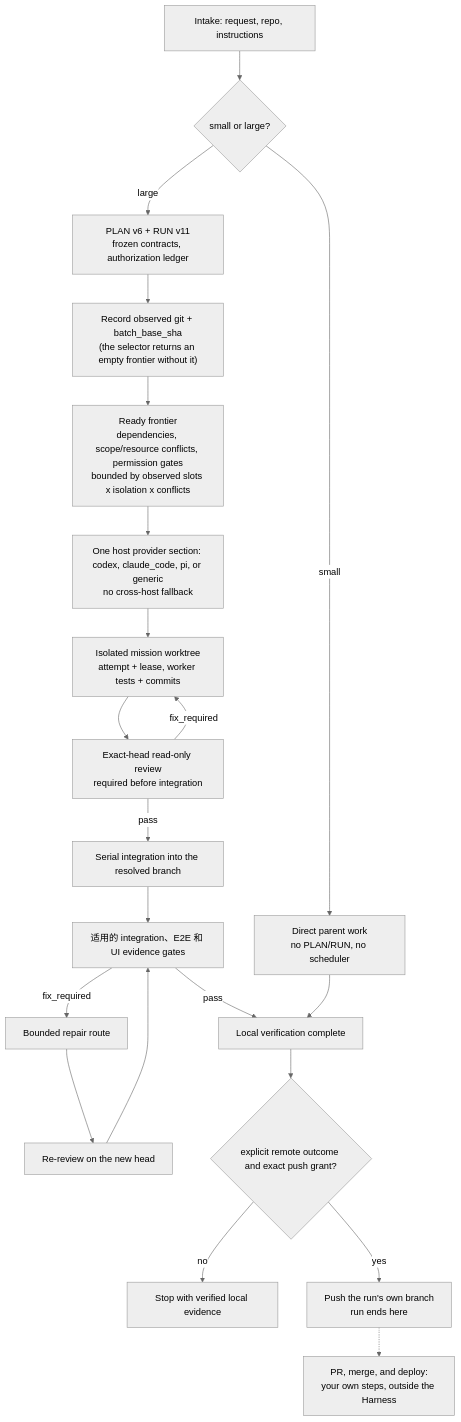
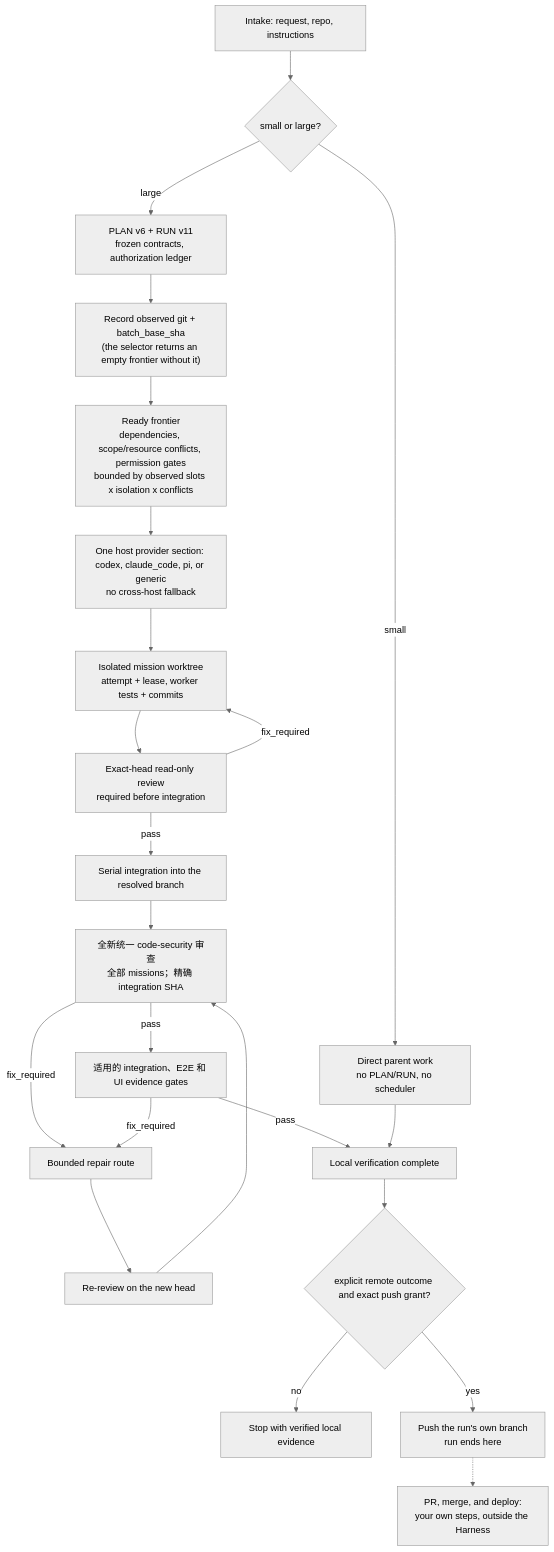
The third of 3 diagrams in README.zh-CN.md (Phlegonlabs/product-delivery-harness), drawn with Mermaid (neutral theme) before and after one commit. The commit also changed other lines of this file and 60 other files, not shown here.

First line of the commit message:
Add final code security review gate (#85)

````diff
--- a/README.zh-CN.md
+++ b/README.zh-CN.md
@@ -226,23 +233,25 @@
 ```mermaid
 flowchart TB
   Intake["Intake: request, repo, instructions"] --> Size{"small or large?"}
   Size -->|small| Direct["Direct parent work<br/>no PLAN/RUN, no scheduler"]
   Size -->|large| Plan["PLAN v6 + RUN v11<br/>frozen contracts, authorization ledger"]
   Plan --> Observe["Record observed git + batch_base_sha<br/>(the selector returns an empty frontier without it)"]
   Observe --> Frontier["Ready frontier<br/>dependencies, scope/resource conflicts, permission gates<br/>bounded by observed slots x isolation x conflicts"]
   Frontier --> Host["One host provider section: codex, claude_code, pi, or generic<br/>no cross-host fallback"]
   Host --> Work["Isolated mission worktree<br/>attempt + lease, worker tests + commits"]
   Work --> Review["Exact-head read-only review<br/>required before integration"]
   Review -->|pass| Integrate["Serial integration into the resolved branch"]
   Review -->|fix_required| Work
-  Integrate --> Gates["适用的 integration、E2E 和 UI evidence gates"]
-  Gates -->|fix_required| Repair["Bounded repair route"]
+  Integrate --> Security["全新统一 code-security 审查<br/>全部 missions；精确 integration SHA"]
+  Security -->|pass| Gates["适用的 integration、E2E 和 UI evidence gates"]
+  Security -->|fix_required| Repair["Bounded repair route"]
+  Gates -->|fix_required| Repair
   Repair --> Rereview["Re-review on the new head"]
-  Rereview --> Gates
+  Rereview --> Security
   Gates -->|pass| Local["Local verification complete"]
   Direct --> Local
   Local --> Remote{"explicit remote outcome and exact push grant?"}
   Remote -->|no| Done["Stop with verified local evidence"]
   Remote -->|yes| Push["Push the run's own branch<br/>run ends here"]
   Push -.-> Yours["PR, merge, and deploy:<br/>your own steps, outside the Harness"]
 ```
````
